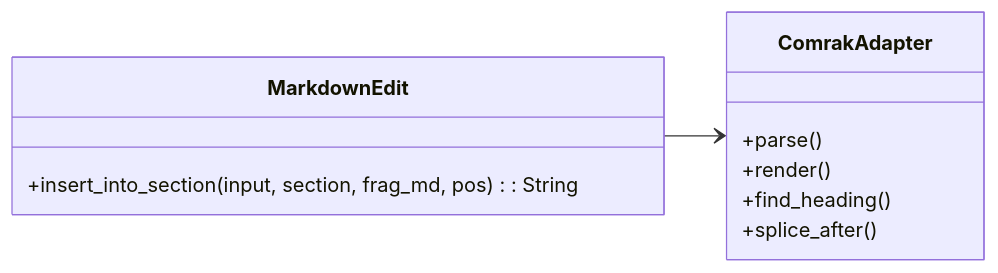
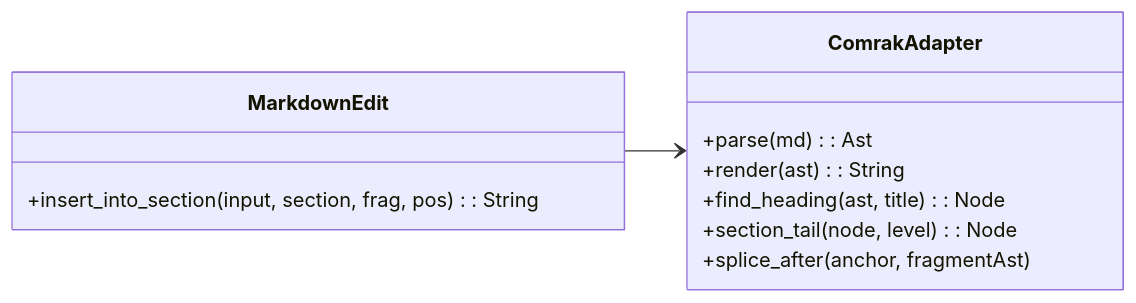
The ninth of 22 diagrams in docs/01_development_plan.md (agustinvalencia/mdvault), drawn with Mermaid before and after one commit. The commit also changed other lines of this file and 2 other files, not shown here.

````diff
--- a/docs/01_development_plan.md
+++ b/docs/01_development_plan.md
@@ -254,15 +253,13 @@
 ```mermaid
 classDiagram
   direction LR
-  class MarkdownEdit {
-    +insert_into_section(input, section, frag_md, pos): String
+  class MarkdownEdit { +insert_into_section(input, section, frag, pos): String }
+  class ComrakAdapter {
+    +parse(md): Ast
+    +render(ast): String
+    +find_heading(ast, title): Node
+    +section_tail(node, level): Node
+    +splice_after(anchor, fragmentAst)
   }
-  class ComrakAdapter {
-    +parse()
-    +render()
-    +find_heading()
-    +splice_after()
-  }
-
   MarkdownEdit --> ComrakAdapter
 ```
````
